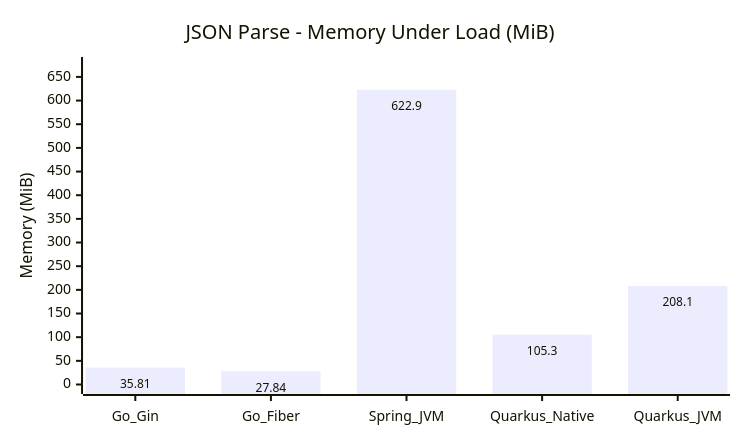
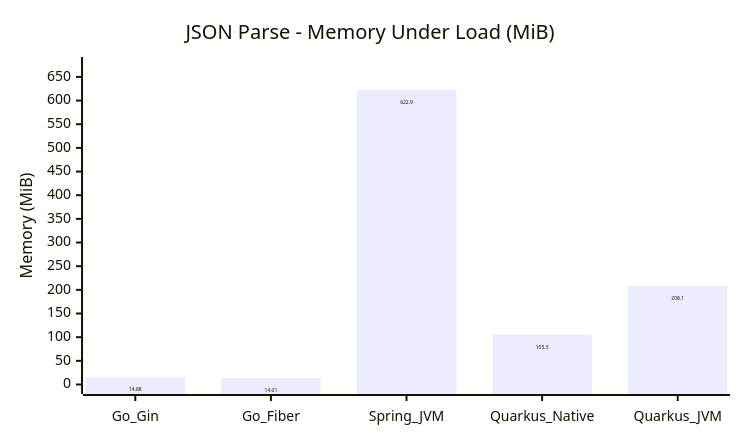
The ninth of 15 diagrams in COMPARISON_REPORT.md (hiiamtin/go-vs-java), drawn with Mermaid before and after one commit. The commit also changed other lines of this file and 58 other files, not shown here.

````diff
--- a/COMPARISON_REPORT.md
+++ b/COMPARISON_REPORT.md
@@ -170,14 +170,14 @@
 ```mermaid
 ---
 config:
   xyChart:
     width: 720
     height: 420
     showDataLabel: true
 ---
 xychart
     title "JSON Parse - Memory Under Load (MiB)"
     x-axis [Go_Gin, Go_Fiber, Spring_JVM, Quarkus_Native, Quarkus_JVM]
     y-axis "Memory (MiB)" 0 --> 672
-    bar [35.81, 27.84, 622.9, 105.3, 208.1]
+    bar [14.88, 14.01, 622.9, 105.3, 208.1]
 ```
````
